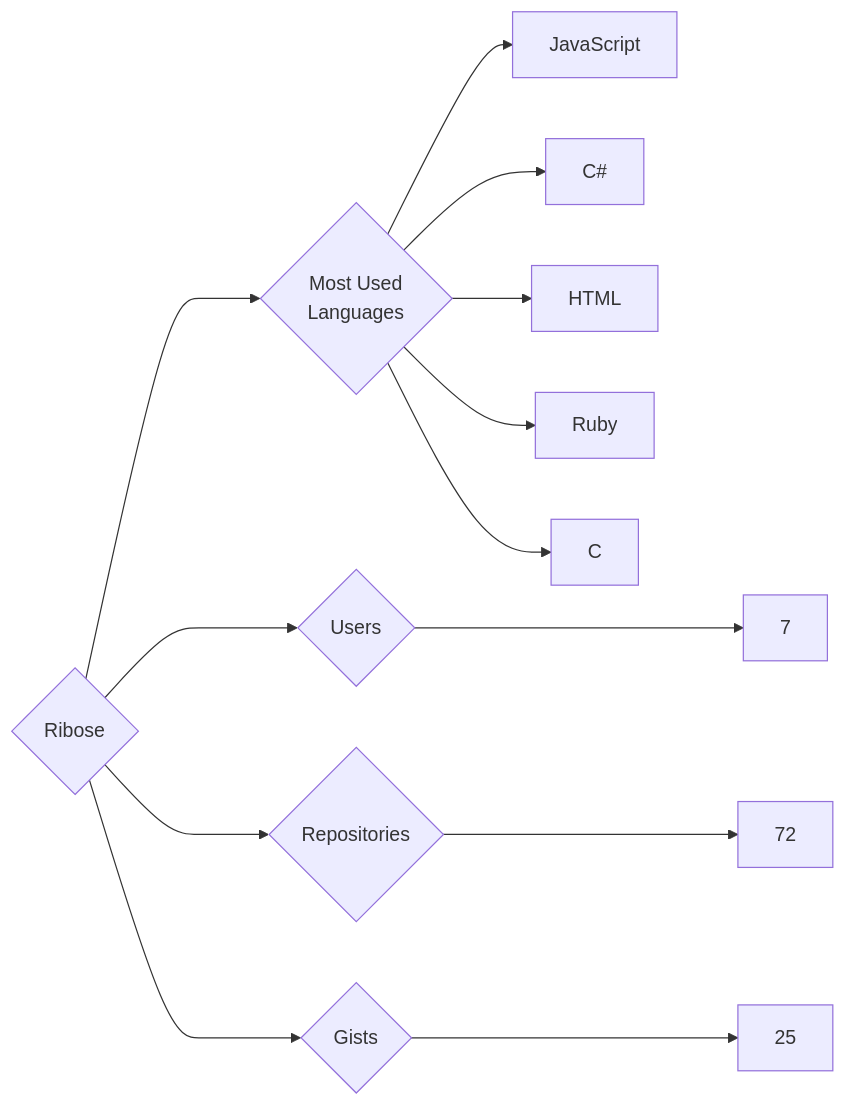
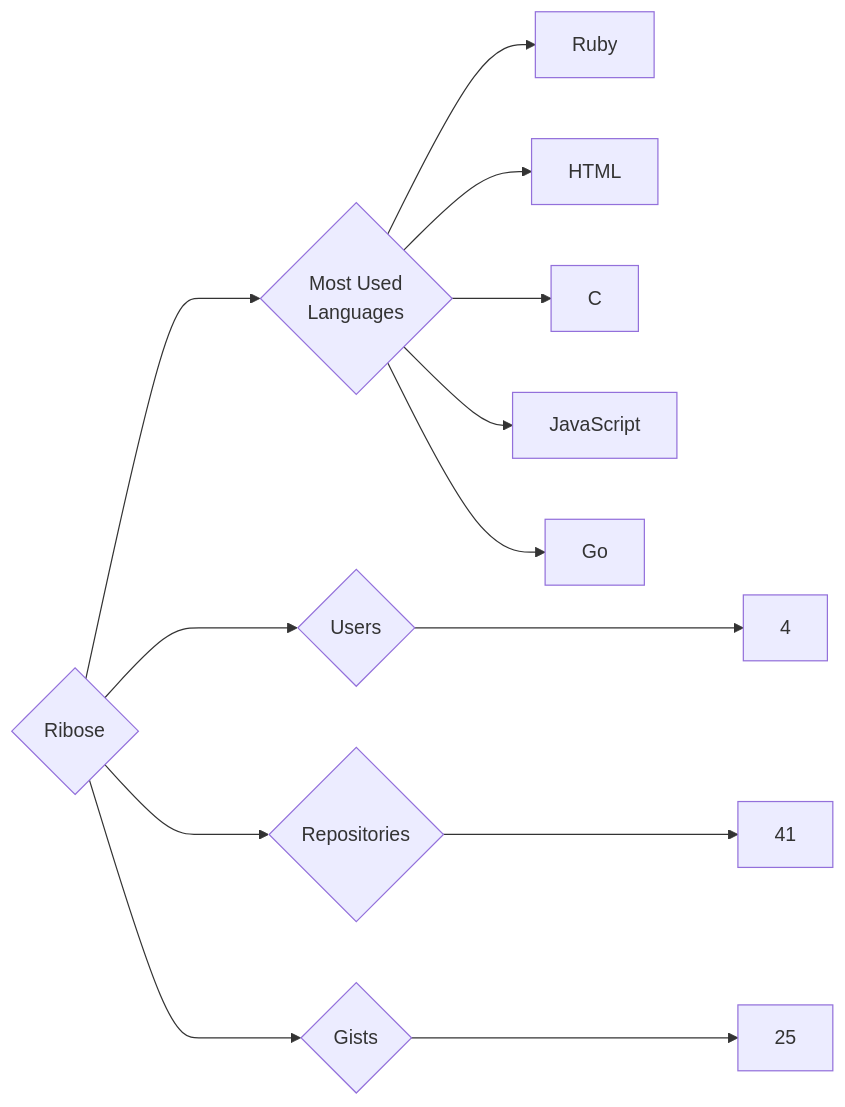
One commit to trickest/insiders changed the diagram in targets/Ribose/README.md. Above: the diagram before and after it, drawn with Mermaid. The commit also changed 1484 other files, not shown here.

````diff
--- a/targets/Ribose/README.md
+++ b/targets/Ribose/README.md
@@ -3,13 +3,13 @@
 ```mermaid
 graph LR
 COMPANY_NAME{Ribose}
-COMPANY_NAME ---> U{Users} ---> UN[7]
-COMPANY_NAME ---> R{Repositories} ---> RN[72]
+COMPANY_NAME ---> U{Users} ---> UN[4]
+COMPANY_NAME ---> R{Repositories} ---> RN[41]
 COMPANY_NAME ---> G{Gists} ---> GN[25]
 COMPANY_NAME ---> ML{Most Used<br>Languages}
+ML --> Ruby[Ruby]
+ML --> HTML[HTML]
+ML --> C[C]
 ML --> JavaScript[JavaScript]
-ML --> C#[C#]
-ML --> HTML[HTML]
-ML --> Ruby[Ruby]
-ML --> C[C]
+ML --> Go[Go]
 ```
````
